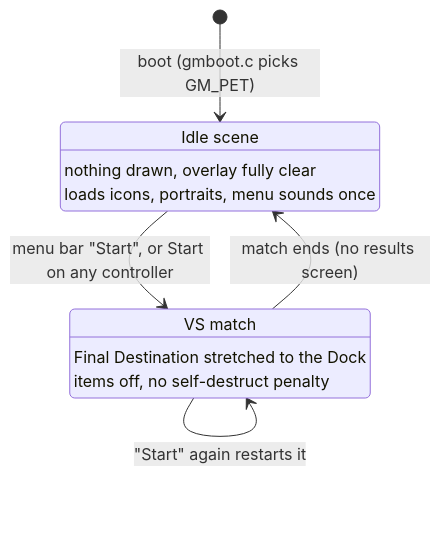
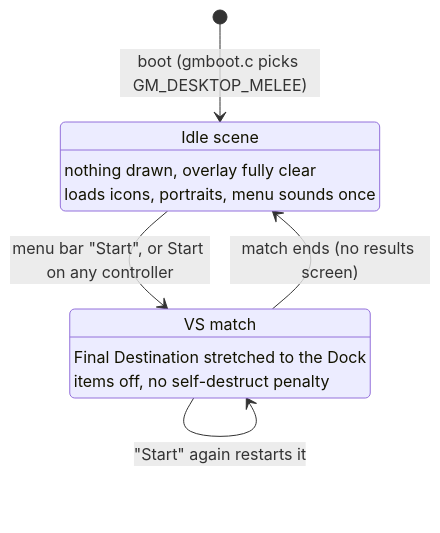
The eighth of 12 diagrams in docs/desktop-melee/how-it-works.md (Mwrnk/desktop-melee), drawn with Mermaid before and after one commit. The commit also changed other lines of this file and 67 other files, not shown here.

First line of the commit message:
Rename pet to Desktop Melee in code, paths and docs

````diff
--- a/docs/desktop-melee/how-it-works.md
+++ b/docs/desktop-melee/how-it-works.md
@@ -468,13 +468,13 @@
 ```mermaid
 stateDiagram-v2
-    [*] --> Idle: boot (gmboot.c picks GM_PET)
+    [*] --> Idle: boot (gmboot.c picks GM_DESKTOP_MELEE)
     Idle: Idle scene
     Idle: nothing drawn, overlay fully clear
     Idle: loads icons, portraits, menu sounds once
     Match: VS match
     Match: Final Destination stretched to the Dock
     Match: items off, no self-destruct penalty
     Idle --> Match: menu bar "Start", or Start on any controller
     Match --> Match: "Start" again restarts it
     Match --> Idle: match ends (no results screen)
 ```
````
